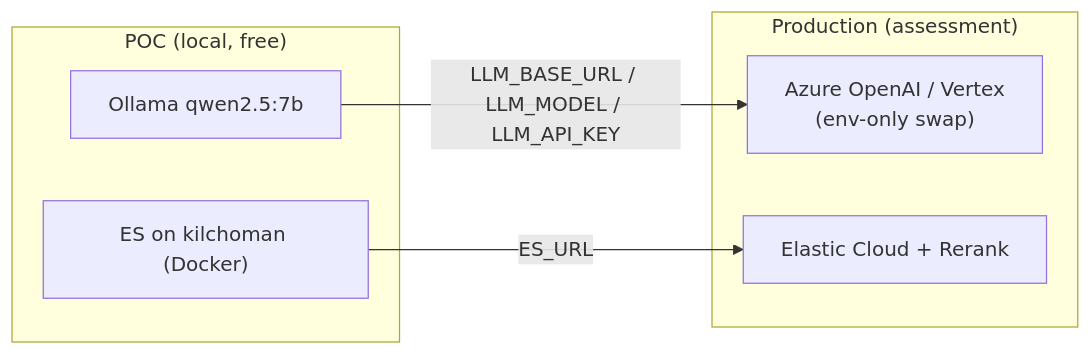
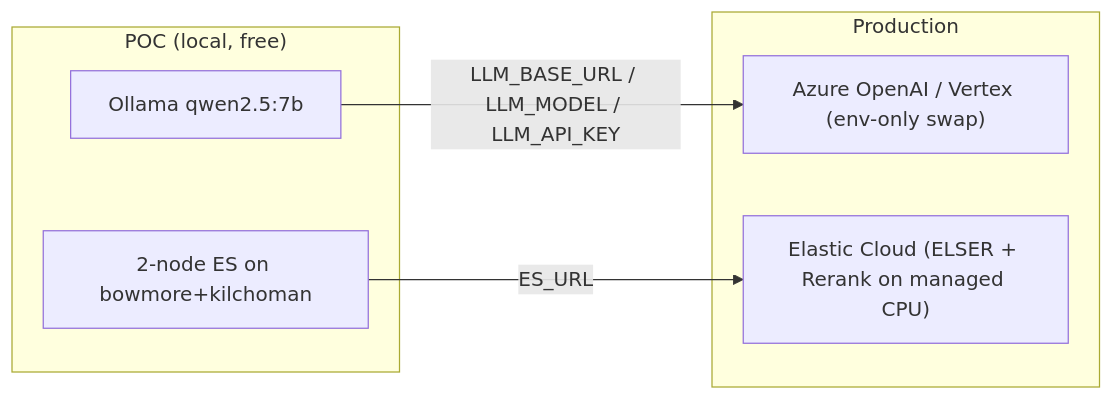
One commit to benoitquette/conversational-job-search-poc changed the ninth of 9 diagrams in ARCHITECTURE.md. Above: the diagram before and after it, drawn with Mermaid. The commit also changed other lines of this file and 3 other files, not shown here.

First line of the commit message:
docs: update for 2-node cluster, ELSER on bowmore, and recommendations

````diff
--- a/ARCHITECTURE.md
+++ b/ARCHITECTURE.md
@@ -172,13 +177,13 @@
 ```mermaid
 flowchart LR
   subgraph POC["POC (local, free)"]
     o["Ollama qwen2.5:7b"]
-    esd["ES on kilchoman (Docker)"]
+    esd["2-node ES on bowmore+kilchoman"]
   end
-  subgraph PROD["Production (assessment)"]
-    az["Azure OpenAI / Vertex\n(env-only swap)"]
-    ec["Elastic Cloud + Rerank"]
+  subgraph PROD["Production"]
+    az["Azure OpenAI / Vertex (env-only swap)"]
+    ec["Elastic Cloud (ELSER + Rerank on managed CPU)"]
   end
   o -->|LLM_BASE_URL / LLM_MODEL / LLM_API_KEY| az
   esd -->|ES_URL| ec
 ```
````
